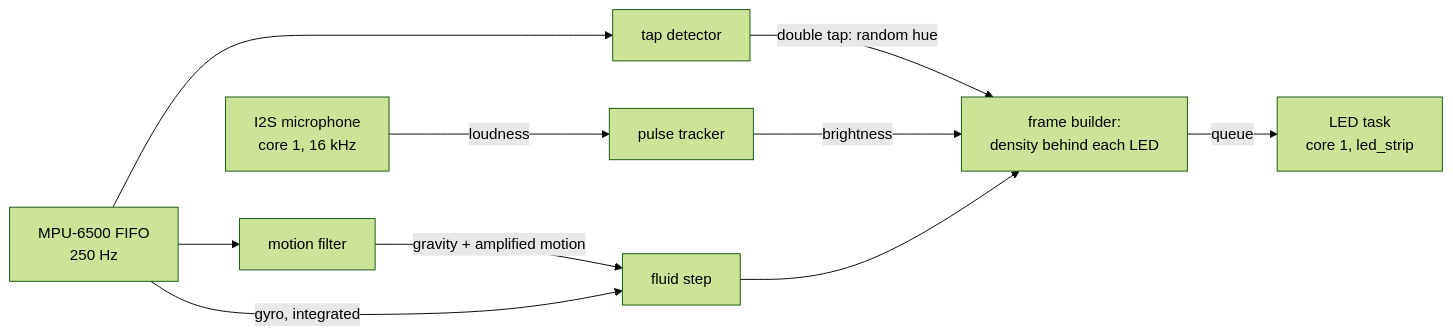
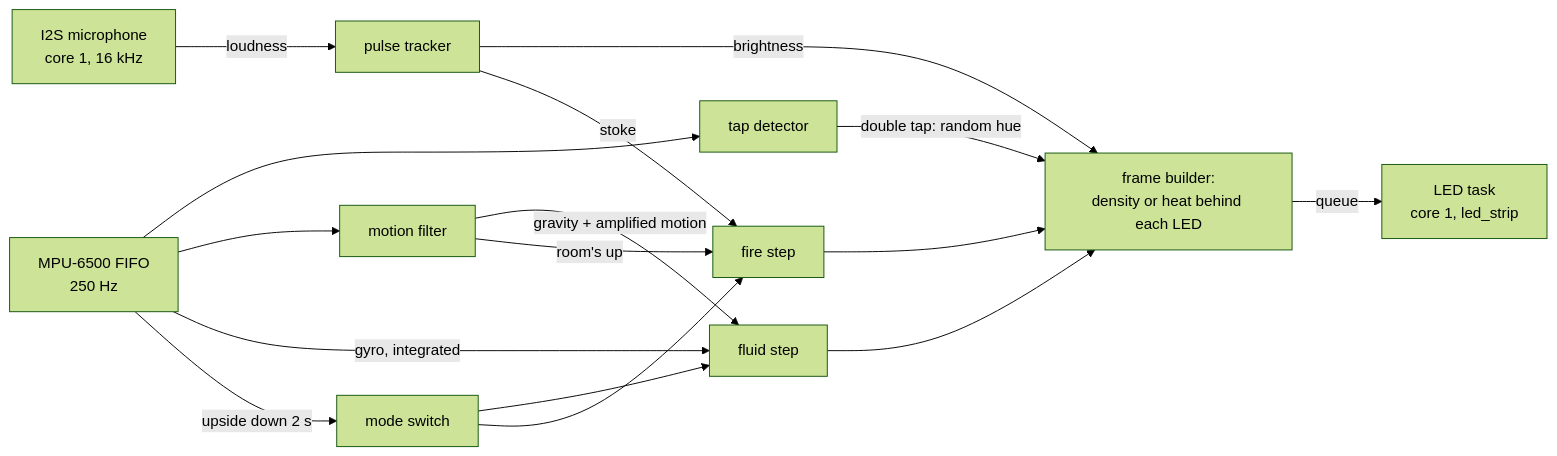
The second of 2 diagrams in README.md (psytraxx/gravity-hat-espidf), drawn with Mermaid (forest theme) before and after one commit. The commit also changed other lines of this file and 11 other files, not shown here.

First line of the commit message:
Change mode by holding the hat upside down; add a fire mode

````diff
--- a/README.md
+++ b/README.md
@@ -277,12 +288,18 @@
 ```mermaid
 flowchart LR
     IMU[MPU-6500 FIFO<br/>250 Hz] --> TAP[tap detector]
     IMU --> MF[motion filter]
     TAP -->|double tap: random hue| FB
     MIC[I2S microphone<br/>core 1, 16 kHz] -->|loudness| PULSE[pulse tracker]
     PULSE -->|brightness| FB
     MF -->|gravity + amplified motion| FX[fluid step]
     IMU -->|gyro, integrated| FX
-    FX --> FB[frame builder:<br/>density behind each LED]
+    IMU -->|upside down 2 s| MODE[mode switch]
+    MODE --> FX
+    MODE --> FIRE
+    MF -->|room's up| FIRE[fire step]
+    PULSE -->|stoke| FIRE
+    FIRE --> FB
+    FX --> FB[frame builder:<br/>density or heat behind each LED]
     FB -->|queue| LED[LED task<br/>core 1, led_strip]
 ```
````
